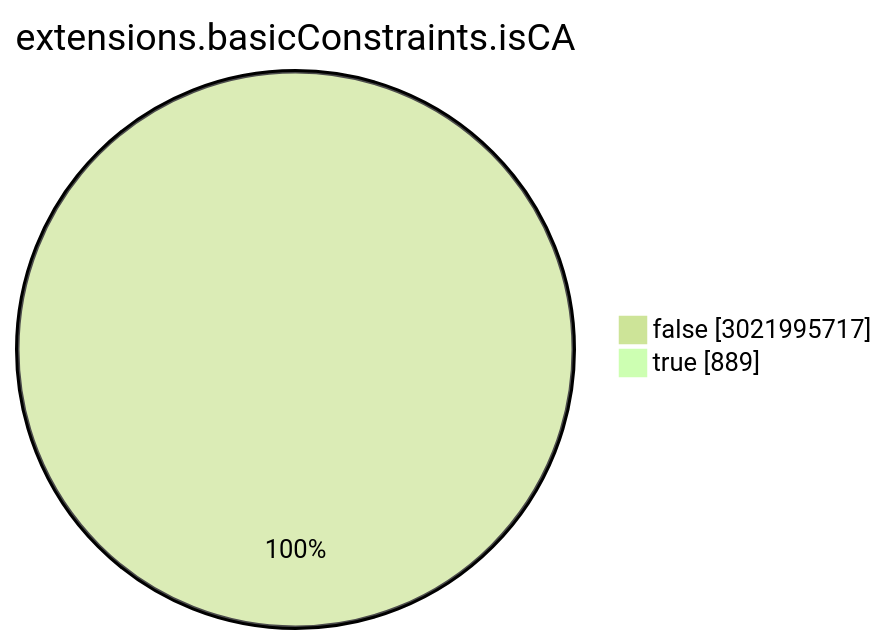
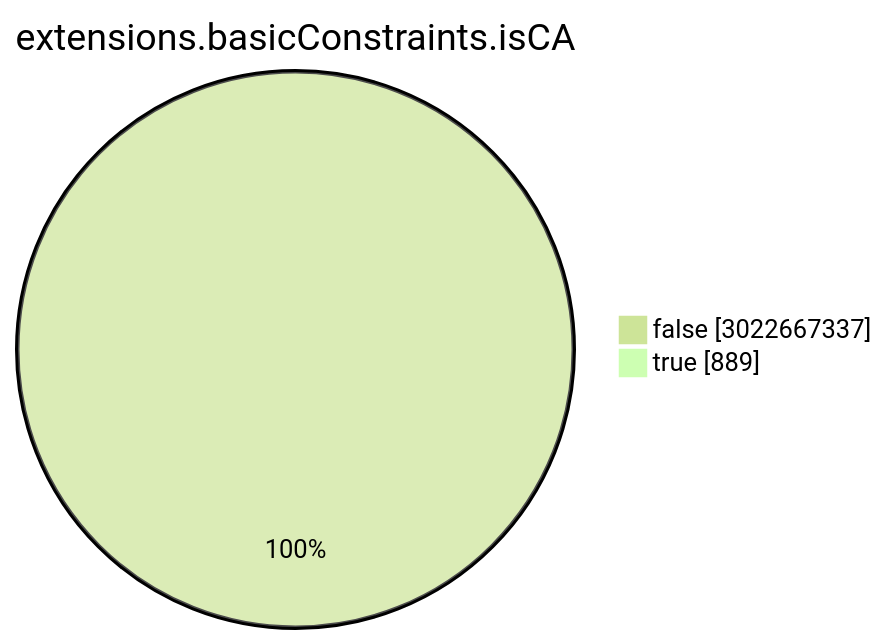
Before and after one commit to christiankrug/ctmonitor_visualization: the seventh of 15 diagrams in TOTAL/README.md, drawn with Mermaid (forest theme). The commit also changed other lines of this file, not shown here.

````diff
--- a/TOTAL/README.md
+++ b/TOTAL/README.md
@@ -3085,6 +3085,6 @@
 ```mermaid
 pie showData
 title extensions.basicConstraints.isCA
-"false" :3021995717
+"false" :3022667337
 "true" :889
 ```
````
